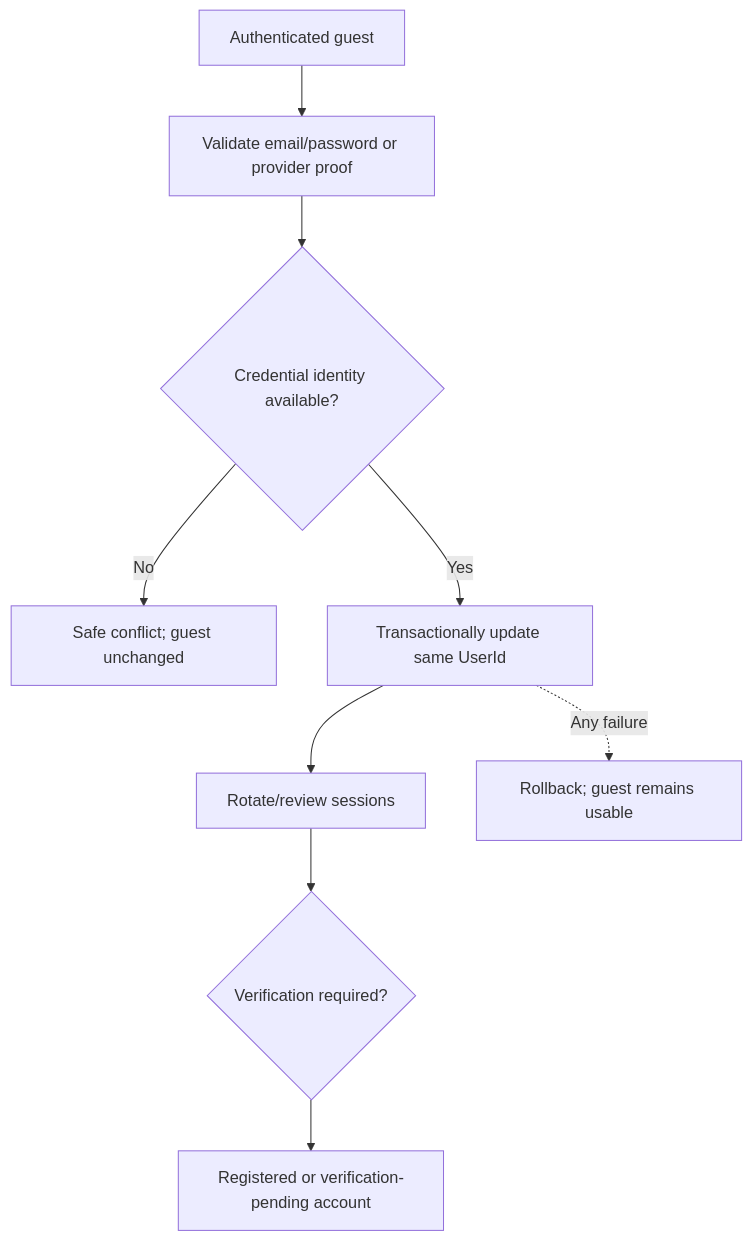
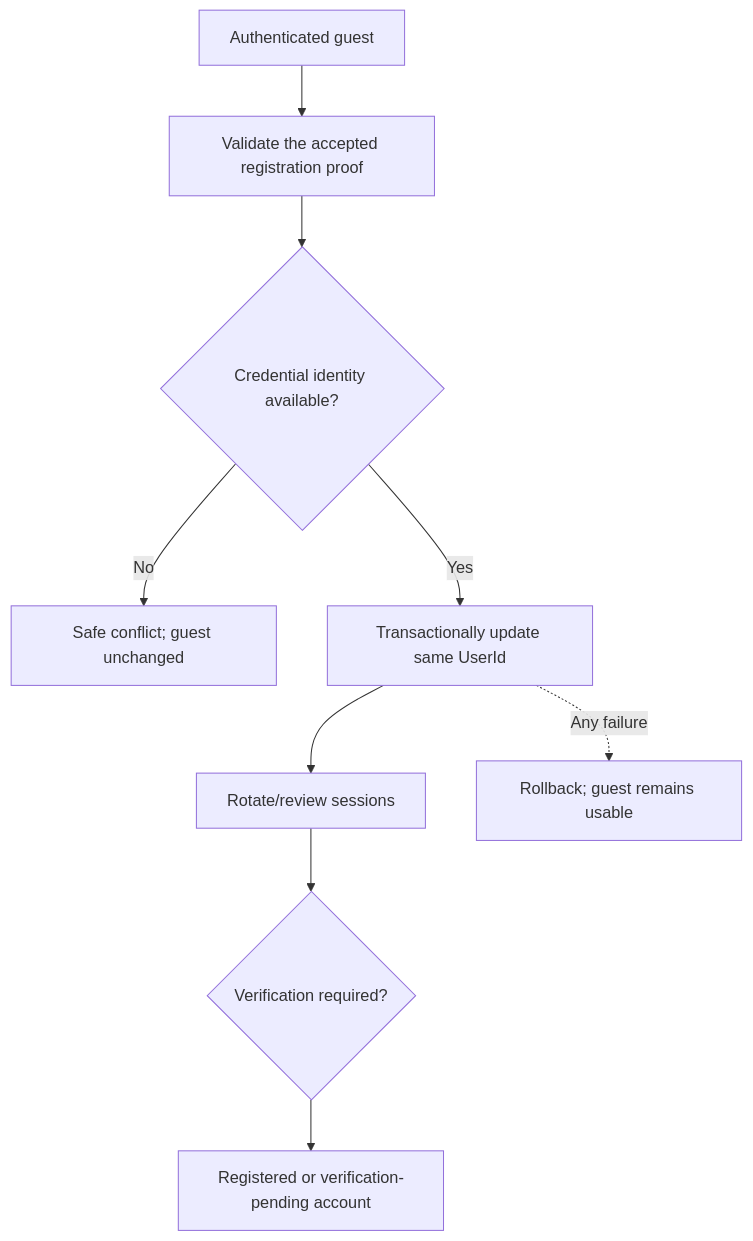
Before and after one commit to rajul-bhatnagar/parallel-world: the third of 9 diagrams in docs/architecture/SECURITY.md, drawn with Mermaid. The commit also changed other lines of this file and 51 other files, not shown here.

````diff
--- a/docs/architecture/SECURITY.md
+++ b/docs/architecture/SECURITY.md
@@ -150,11 +150,11 @@
 ```mermaid
 flowchart TD
-    G["Authenticated guest"] --> PROOF["Validate email/password or provider proof"]
+    G["Authenticated guest"] --> PROOF["Validate the accepted registration proof"]
     PROOF --> UNIQUE{"Credential identity available?"}
     UNIQUE -->|"No"| CONFLICT["Safe conflict; guest unchanged"]
     UNIQUE -->|"Yes"| TX["Transactionally update same UserId"]
     TX --> ROTATE["Rotate/review sessions"]
     ROTATE --> VERIFY{"Verification required?"}
     VERIFY --> RESULT["Registered or verification-pending account"]
     TX -.->|"Any failure"| ROLLBACK["Rollback; guest remains usable"]
 ```
````
